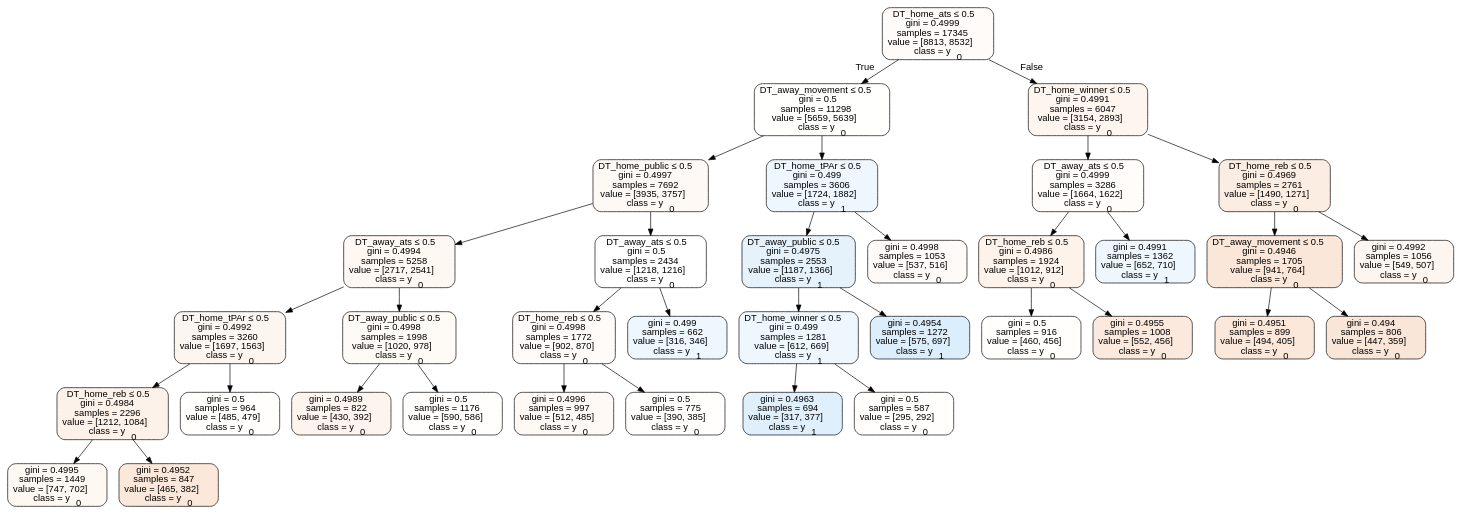
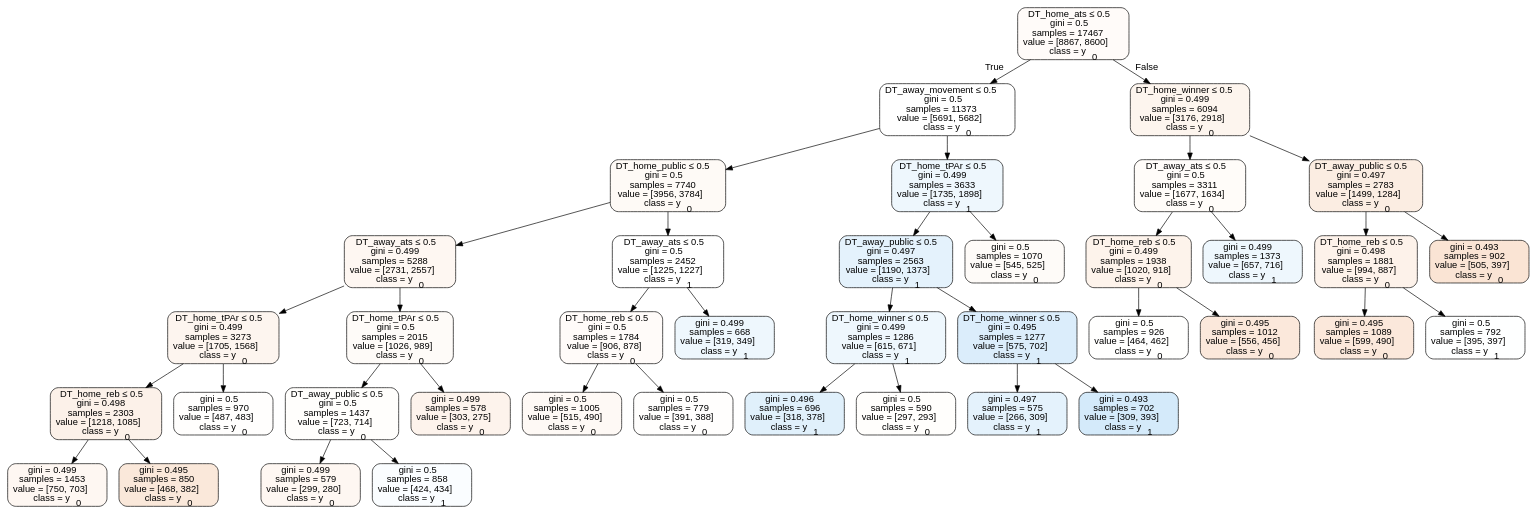
Before and after one commit to usbogie/ncaa-bets: the diagram in Basketball/data/trees/treehome.dot, drawn with Graphviz. The commit also changed 19 other files, not shown here.

```diff
--- a/Basketball/data/trees/treehome.dot
+++ b/Basketball/data/trees/treehome.dot
@@ -1,73 +1,81 @@
 digraph Tree {
 node [shape=box, style="filled, rounded", color="black", fontname=helvetica] ;
 edge [fontname=helvetica] ;
-0 [label=<DT_home_ats &le; 0.5<br/>gini = 0.4999<br/>samples = 17345<br/>value = [8813, 8532]<br/>class = y<SUB>0</SUB>>, fillcolor="#e5813908"] ;
-1 [label=<DT_away_movement &le; 0.5<br/>gini = 0.5<br/>samples = 11298<br/>value = [5659, 5639]<br/>class = y<SUB>0</SUB>>, fillcolor="#e5813901"] ;
+0 [label=<DT_home_ats &le; 0.5<br/>gini = 0.5<br/>samples = 17467<br/>value = [8867, 8600]<br/>class = y<SUB>0</SUB>>, fillcolor="#e5813908"] ;
+1 [label=<DT_away_movement &le; 0.5<br/>gini = 0.5<br/>samples = 11373<br/>value = [5691, 5682]<br/>class = y<SUB>0</SUB>>, fillcolor="#e5813900"] ;
 0 -> 1 [labeldistance=2.5, labelangle=45, headlabel="True"] ;
-2 [label=<DT_home_public &le; 0.5<br/>gini = 0.4997<br/>samples = 7692<br/>value = [3935, 3757]<br/>class = y<SUB>0</SUB>>, fillcolor="#e581390c"] ;
+2 [label=<DT_home_public &le; 0.5<br/>gini = 0.5<br/>samples = 7740<br/>value = [3956, 3784]<br/>class = y<SUB>0</SUB>>, fillcolor="#e581390b"] ;
 1 -> 2 ;
-3 [label=<DT_away_ats &le; 0.5<br/>gini = 0.4994<br/>samples = 5258<br/>value = [2717, 2541]<br/>class = y<SUB>0</SUB>>, fillcolor="#e5813911"] ;
+3 [label=<DT_away_ats &le; 0.5<br/>gini = 0.499<br/>samples = 5288<br/>value = [2731, 2557]<br/>class = y<SUB>0</SUB>>, fillcolor="#e5813910"] ;
 2 -> 3 ;
-4 [label=<DT_home_tPAr &le; 0.5<br/>gini = 0.4992<br/>samples = 3260<br/>value = [1697, 1563]<br/>class = y<SUB>0</SUB>>, fillcolor="#e5813914"] ;
+4 [label=<DT_home_tPAr &le; 0.5<br/>gini = 0.499<br/>samples = 3273<br/>value = [1705, 1568]<br/>class = y<SUB>0</SUB>>, fillcolor="#e5813914"] ;
 3 -> 4 ;
-5 [label=<DT_home_reb &le; 0.5<br/>gini = 0.4984<br/>samples = 2296<br/>value = [1212, 1084]<br/>class = y<SUB>0</SUB>>, fillcolor="#e581391b"] ;
+5 [label=<DT_home_reb &le; 0.5<br/>gini = 0.498<br/>samples = 2303<br/>value = [1218, 1085]<br/>class = y<SUB>0</SUB>>, fillcolor="#e581391c"] ;
 4 -> 5 ;
-6 [label=<gini = 0.4995<br/>samples = 1449<br/>value = [747, 702]<br/>class = y<SUB>0</SUB>>, fillcolor="#e581390f"] ;
+6 [label=<gini = 0.499<br/>samples = 1453<br/>value = [750, 703]<br/>class = y<SUB>0</SUB>>, fillcolor="#e5813910"] ;
 5 -> 6 ;
-7 [label=<gini = 0.4952<br/>samples = 847<br/>value = [465, 382]<br/>class = y<SUB>0</SUB>>, fillcolor="#e581392e"] ;
+7 [label=<gini = 0.495<br/>samples = 850<br/>value = [468, 382]<br/>class = y<SUB>0</SUB>>, fillcolor="#e581392f"] ;
 5 -> 7 ;
-8 [label=<gini = 0.5<br/>samples = 964<br/>value = [485, 479]<br/>class = y<SUB>0</SUB>>, fillcolor="#e5813903"] ;
+8 [label=<gini = 0.5<br/>samples = 970<br/>value = [487, 483]<br/>class = y<SUB>0</SUB>>, fillcolor="#e5813902"] ;
 4 -> 8 ;
-9 [label=<DT_away_public &le; 0.5<br/>gini = 0.4998<br/>samples = 1998<br/>value = [1020, 978]<br/>class = y<SUB>0</SUB>>, fillcolor="#e581390b"] ;
+9 [label=<DT_home_tPAr &le; 0.5<br/>gini = 0.5<br/>samples = 2015<br/>value = [1026, 989]<br/>class = y<SUB>0</SUB>>, fillcolor="#e5813909"] ;
 3 -> 9 ;
-10 [label=<gini = 0.4989<br/>samples = 822<br/>value = [430, 392]<br/>class = y<SUB>0</SUB>>, fillcolor="#e5813917"] ;
+10 [label=<DT_away_public &le; 0.5<br/>gini = 0.5<br/>samples = 1437<br/>value = [723, 714]<br/>class = y<SUB>0</SUB>>, fillcolor="#e5813903"] ;
 9 -> 10 ;
-11 [label=<gini = 0.5<br/>samples = 1176<br/>value = [590, 586]<br/>class = y<SUB>0</SUB>>, fillcolor="#e5813902"] ;
-9 -> 11 ;
-12 [label=<DT_away_ats &le; 0.5<br/>gini = 0.5<br/>samples = 2434<br/>value = [1218, 1216]<br/>class = y<SUB>0</SUB>>, fillcolor="#e5813900"] ;
-2 -> 12 ;
-13 [label=<DT_home_reb &le; 0.5<br/>gini = 0.4998<br/>samples = 1772<br/>value = [902, 870]<br/>class = y<SUB>0</SUB>>, fillcolor="#e5813909"] ;
-12 -> 13 ;
-14 [label=<gini = 0.4996<br/>samples = 997<br/>value = [512, 485]<br/>class = y<SUB>0</SUB>>, fillcolor="#e581390d"] ;
-13 -> 14 ;
-15 [label=<gini = 0.5<br/>samples = 775<br/>value = [390, 385]<br/>class = y<SUB>0</SUB>>, fillcolor="#e5813903"] ;
-13 -> 15 ;
-16 [label=<gini = 0.499<br/>samples = 662<br/>value = [316, 346]<br/>class = y<SUB>1</SUB>>, fillcolor="#399de516"] ;
-12 -> 16 ;
-17 [label=<DT_home_tPAr &le; 0.5<br/>gini = 0.499<br/>samples = 3606<br/>value = [1724, 1882]<br/>class = y<SUB>1</SUB>>, fillcolor="#399de515"] ;
-1 -> 17 ;
-18 [label=<DT_away_public &le; 0.5<br/>gini = 0.4975<br/>samples = 2553<br/>value = [1187, 1366]<br/>class = y<SUB>1</SUB>>, fillcolor="#399de521"] ;
-17 -> 18 ;
-19 [label=<DT_home_winner &le; 0.5<br/>gini = 0.499<br/>samples = 1281<br/>value = [612, 669]<br/>class = y<SUB>1</SUB>>, fillcolor="#399de516"] ;
-18 -> 19 ;
-20 [label=<gini = 0.4963<br/>samples = 694<br/>value = [317, 377]<br/>class = y<SUB>1</SUB>>, fillcolor="#399de529"] ;
+11 [label=<gini = 0.499<br/>samples = 579<br/>value = [299, 280]<br/>class = y<SUB>0</SUB>>, fillcolor="#e5813910"] ;
+10 -> 11 ;
+12 [label=<gini = 0.5<br/>samples = 858<br/>value = [424, 434]<br/>class = y<SUB>1</SUB>>, fillcolor="#399de506"] ;
+10 -> 12 ;
+13 [label=<gini = 0.499<br/>samples = 578<br/>value = [303, 275]<br/>class = y<SUB>0</SUB>>, fillcolor="#e5813918"] ;
+9 -> 13 ;
+14 [label=<DT_away_ats &le; 0.5<br/>gini = 0.5<br/>samples = 2452<br/>value = [1225, 1227]<br/>class = y<SUB>1</SUB>>, fillcolor="#399de500"] ;
+2 -> 14 ;
+15 [label=<DT_home_reb &le; 0.5<br/>gini = 0.5<br/>samples = 1784<br/>value = [906, 878]<br/>class = y<SUB>0</SUB>>, fillcolor="#e5813908"] ;
+14 -> 15 ;
+16 [label=<gini = 0.5<br/>samples = 1005<br/>value = [515, 490]<br/>class = y<SUB>0</SUB>>, fillcolor="#e581390c"] ;
+15 -> 16 ;
+17 [label=<gini = 0.5<br/>samples = 779<br/>value = [391, 388]<br/>class = y<SUB>0</SUB>>, fillcolor="#e5813902"] ;
+15 -> 17 ;
+18 [label=<gini = 0.499<br/>samples = 668<br/>value = [319, 349]<br/>class = y<SUB>1</SUB>>, fillcolor="#399de516"] ;
+14 -> 18 ;
+19 [label=<DT_home_tPAr &le; 0.5<br/>gini = 0.499<br/>samples = 3633<br/>value = [1735, 1898]<br/>class = y<SUB>1</SUB>>, fillcolor="#399de516"] ;
+1 -> 19 ;
+20 [label=<DT_away_public &le; 0.5<br/>gini = 0.497<br/>samples = 2563<br/>value = [1190, 1373]<br/>class = y<SUB>1</SUB>>, fillcolor="#399de522"] ;
 19 -> 20 ;
-21 [label=<gini = 0.5<br/>samples = 587<br/>value = [295, 292]<br/>class = y<SUB>0</SUB>>, fillcolor="#e5813903"] ;
-19 -> 21 ;
-22 [label=<gini = 0.4954<br/>samples = 1272<br/>value = [575, 697]<br/>class = y<SUB>1</SUB>>, fillcolor="#399de52d"] ;
-18 -> 22 ;
-23 [label=<gini = 0.4998<br/>samples = 1053<br/>value = [537, 516]<br/>class = y<SUB>0</SUB>>, fillcolor="#e581390a"] ;
-17 -> 23 ;
-24 [label=<DT_home_winner &le; 0.5<br/>gini = 0.4991<br/>samples = 6047<br/>value = [3154, 2893]<br/>class = y<SUB>0</SUB>>, fillcolor="#e5813915"] ;
-0 -> 24 [labeldistance=2.5, labelangle=-45, headlabel="False"] ;
-25 [label=<DT_away_ats &le; 0.5<br/>gini = 0.4999<br/>samples = 3286<br/>value = [1664, 1622]<br/>class = y<SUB>0</SUB>>, fillcolor="#e5813906"] ;
+21 [label=<DT_home_winner &le; 0.5<br/>gini = 0.499<br/>samples = 1286<br/>value = [615, 671]<br/>class = y<SUB>1</SUB>>, fillcolor="#399de515"] ;
+20 -> 21 ;
+22 [label=<gini = 0.496<br/>samples = 696<br/>value = [318, 378]<br/>class = y<SUB>1</SUB>>, fillcolor="#399de528"] ;
+21 -> 22 ;
+23 [label=<gini = 0.5<br/>samples = 590<br/>value = [297, 293]<br/>class = y<SUB>0</SUB>>, fillcolor="#e5813903"] ;
+21 -> 23 ;
+24 [label=<DT_home_winner &le; 0.5<br/>gini = 0.495<br/>samples = 1277<br/>value = [575, 702]<br/>class = y<SUB>1</SUB>>, fillcolor="#399de52e"] ;
+20 -> 24 ;
+25 [label=<gini = 0.497<br/>samples = 575<br/>value = [266, 309]<br/>class = y<SUB>1</SUB>>, fillcolor="#399de523"] ;
 24 -> 25 ;
-26 [label=<DT_home_reb &le; 0.5<br/>gini = 0.4986<br/>samples = 1924<br/>value = [1012, 912]<br/>class = y<SUB>0</SUB>>, fillcolor="#e5813919"] ;
-25 -> 26 ;
-27 [label=<gini = 0.5<br/>samples = 916<br/>value = [460, 456]<br/>class = y<SUB>0</SUB>>, fillcolor="#e5813902"] ;
-26 -> 27 ;
-28 [label=<gini = 0.4955<br/>samples = 1008<br/>value = [552, 456]<br/>class = y<SUB>0</SUB>>, fillcolor="#e581392c"] ;
-26 -> 28 ;
-29 [label=<gini = 0.4991<br/>samples = 1362<br/>value = [652, 710]<br/>class = y<SUB>1</SUB>>, fillcolor="#399de515"] ;
-25 -> 29 ;
-30 [label=<DT_home_reb &le; 0.5<br/>gini = 0.4969<br/>samples = 2761<br/>value = [1490, 1271]<br/>class = y<SUB>0</SUB>>, fillcolor="#e5813925"] ;
-24 -> 30 ;
-31 [label=<DT_away_movement &le; 0.5<br/>gini = 0.4946<br/>samples = 1705<br/>value = [941, 764]<br/>class = y<SUB>0</SUB>>, fillcolor="#e5813930"] ;
+26 [label=<gini = 0.493<br/>samples = 702<br/>value = [309, 393]<br/>class = y<SUB>1</SUB>>, fillcolor="#399de537"] ;
+24 -> 26 ;
+27 [label=<gini = 0.5<br/>samples = 1070<br/>value = [545, 525]<br/>class = y<SUB>0</SUB>>, fillcolor="#e5813909"] ;
+19 -> 27 ;
+28 [label=<DT_home_winner &le; 0.5<br/>gini = 0.499<br/>samples = 6094<br/>value = [3176, 2918]<br/>class = y<SUB>0</SUB>>, fillcolor="#e5813915"] ;
+0 -> 28 [labeldistance=2.5, labelangle=-45, headlabel="False"] ;
+29 [label=<DT_away_ats &le; 0.5<br/>gini = 0.5<br/>samples = 3311<br/>value = [1677, 1634]<br/>class = y<SUB>0</SUB>>, fillcolor="#e5813907"] ;
+28 -> 29 ;
+30 [label=<DT_home_reb &le; 0.5<br/>gini = 0.499<br/>samples = 1938<br/>value = [1020, 918]<br/>class = y<SUB>0</SUB>>, fillcolor="#e5813919"] ;
+29 -> 30 ;
+31 [label=<gini = 0.5<br/>samples = 926<br/>value = [464, 462]<br/>class = y<SUB>0</SUB>>, fillcolor="#e5813901"] ;
 30 -> 31 ;
-32 [label=<gini = 0.4951<br/>samples = 899<br/>value = [494, 405]<br/>class = y<SUB>0</SUB>>, fillcolor="#e581392e"] ;
-31 -> 32 ;
-33 [label=<gini = 0.494<br/>samples = 806<br/>value = [447, 359]<br/>class = y<SUB>0</SUB>>, fillcolor="#e5813932"] ;
-31 -> 33 ;
-34 [label=<gini = 0.4992<br/>samples = 1056<br/>value = [549, 507]<br/>class = y<SUB>0</SUB>>, fillcolor="#e5813914"] ;
-30 -> 34 ;
+32 [label=<gini = 0.495<br/>samples = 1012<br/>value = [556, 456]<br/>class = y<SUB>0</SUB>>, fillcolor="#e581392e"] ;
+30 -> 32 ;
+33 [label=<gini = 0.499<br/>samples = 1373<br/>value = [657, 716]<br/>class = y<SUB>1</SUB>>, fillcolor="#399de515"] ;
+29 -> 33 ;
+34 [label=<DT_away_public &le; 0.5<br/>gini = 0.497<br/>samples = 2783<br/>value = [1499, 1284]<br/>class = y<SUB>0</SUB>>, fillcolor="#e5813925"] ;
+28 -> 34 ;
+35 [label=<DT_home_reb &le; 0.5<br/>gini = 0.498<br/>samples = 1881<br/>value = [994, 887]<br/>class = y<SUB>0</SUB>>, fillcolor="#e581391b"] ;
+34 -> 35 ;
+36 [label=<gini = 0.495<br/>samples = 1089<br/>value = [599, 490]<br/>class = y<SUB>0</SUB>>, fillcolor="#e581392e"] ;
+35 -> 36 ;
+37 [label=<gini = 0.5<br/>samples = 792<br/>value = [395, 397]<br/>class = y<SUB>1</SUB>>, fillcolor="#399de501"] ;
+35 -> 37 ;
+38 [label=<gini = 0.493<br/>samples = 902<br/>value = [505, 397]<br/>class = y<SUB>0</SUB>>, fillcolor="#e5813937"] ;
+34 -> 38 ;
 }
```
